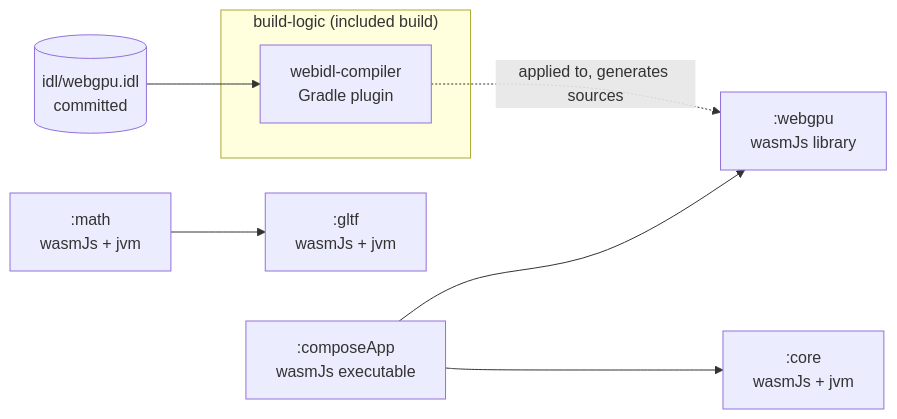
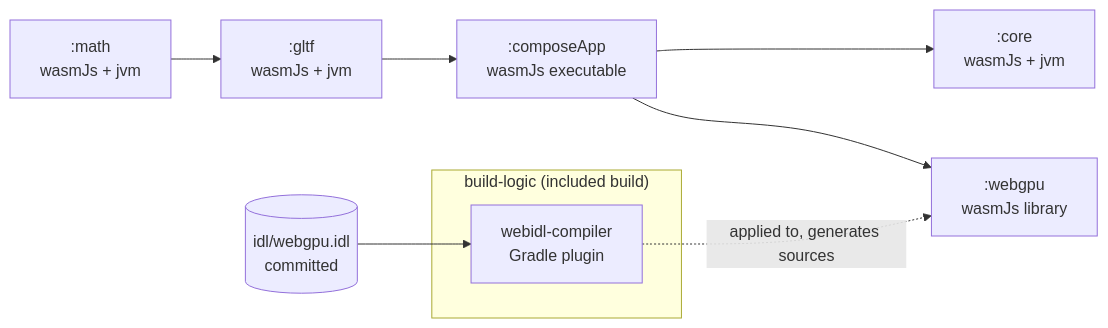
Before and after one commit to maximums/maximums.github.io: the third of 8 diagrams in ARCHITECTURE.md, drawn with Mermaid. The commit also changed other lines of this file and 21 other files, not shown here.

````diff
--- a/ARCHITECTURE.md
+++ b/ARCHITECTURE.md
@@ -108,18 +108,19 @@
 ```mermaid
 flowchart LR
     subgraph BL["build-logic (included build)"]
         Compiler["webidl-compiler<br/>Gradle plugin"]
     end
     Core[":core<br/>wasmJs + jvm"]
     Math[":math<br/>wasmJs + jvm"]
     Gltf[":gltf<br/>wasmJs + jvm"]
     WebGpu[":webgpu<br/>wasmJs library"]
     App[":composeApp<br/>wasmJs executable"]
     IDL[("idl/webgpu.idl<br/>committed")]
 
     IDL --> Compiler
     Compiler -.->|"applied to, generates sources"| WebGpu
     Math --> Gltf
+    Gltf --> App
     App --> Core
     App --> WebGpu
 ```
````
